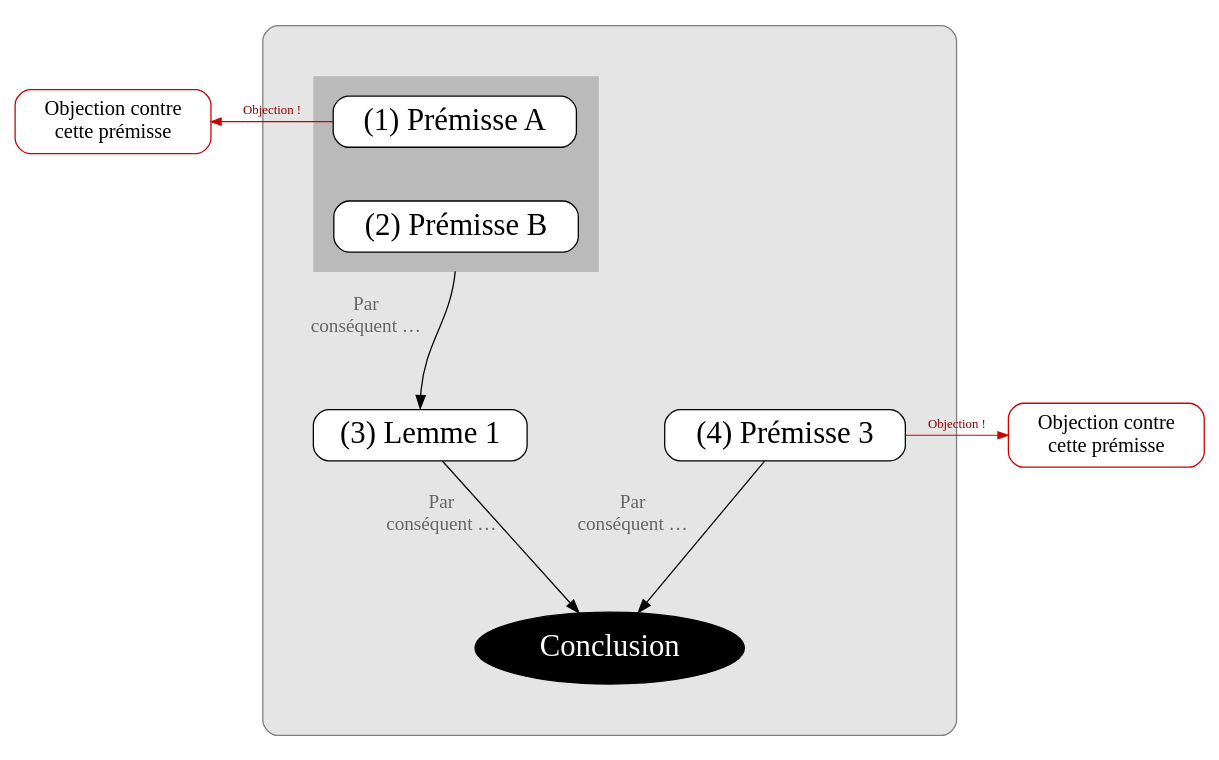
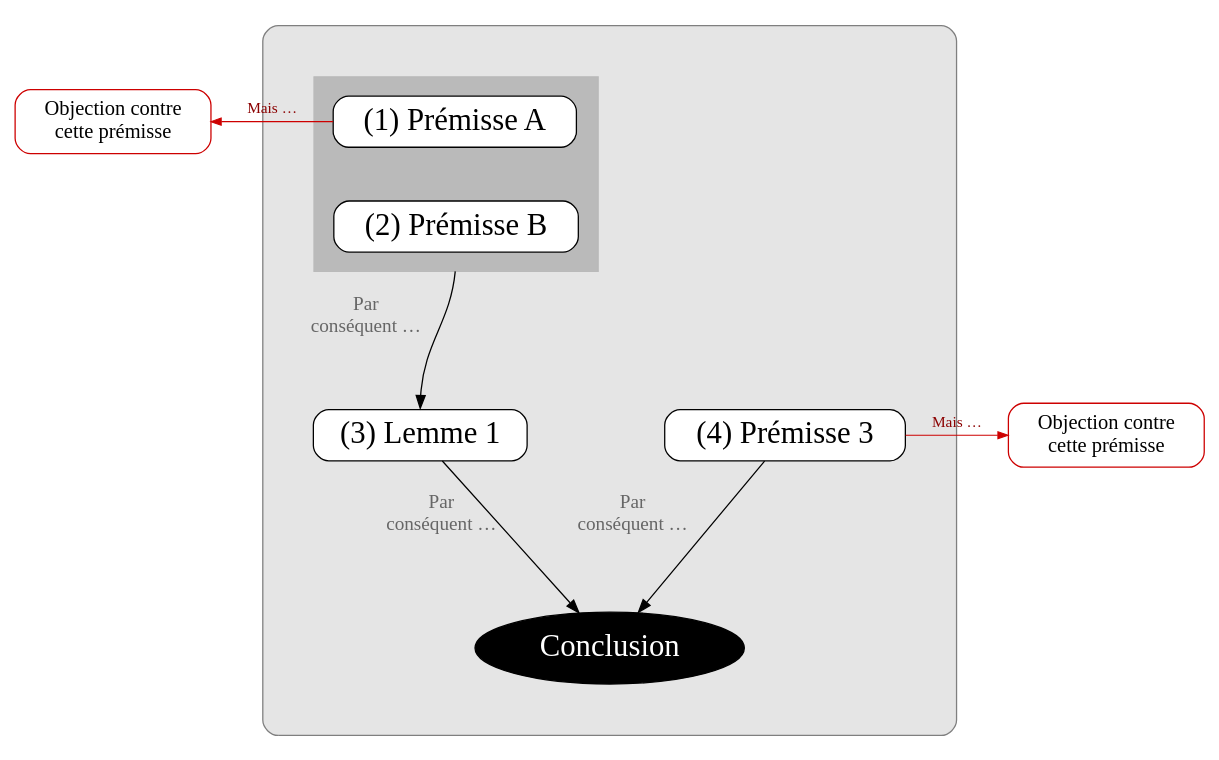
Before and after one commit to eyssette/graphviz-templates: the diagram in argument2.dot, drawn with Graphviz. The commit also changed 1 other file, not shown here.

```diff
--- a/argument2.dot
+++ b/argument2.dot
@@ -1,64 +1,64 @@
 digraph G {
 splines=true
 newrank=true
 compound=true
 
 
 node[color=red3, style="rounded, filled", shape="box", fillcolor=white, penwidth=1, fontcolor=black, fontsize=16, margin=0.1]
 o1[label="Objection contre
 cette prémisse"]
 
 node[shape=box, fillcolor=white, style="filled,rounded", color=black, fontsize=24, penwidth=1,fontcolor=black, margin=0.1]
-edge[minlen=2,color=red3, penwidth=0.8, arrowsize=0.8, label="Objection !", fontcolor=red4,fontsize=10]
+edge[minlen=2,color=red3, penwidth=0.8, arrowsize=0.8, label=" Mais …", fontcolor=red4,fontsize=12]
 {rank=same;o1->p1[dir=back]}
 
 
 subgraph cluster_0 {
 bgcolor=grey90
 style=rounded
 color=grey50
 margin=40
 
 
 
 node[shape=box, fillcolor=white, style="filled,rounded", color=black]
 edge[label="",xlabel="Par
 conséquent …",fontcolor=grey40;fontsize=15,minlen=3,color=black,penwidth=1, arrowsize=1]
 
 
 
 subgraph cluster_1 {
 style="box"
 margin=15
 bgcolor=grey73
 color=grey73
 p1[label="(1) Prémisse A"]
 
 p2[label="(2) Prémisse B"]
 }
 
 p1->p2[style=invis,xlabel="",minlen=1]
 //{rank=same;p1->p2[style=invis,xlabel="",minlen=1]}
 
 p2:s->p3:n[ltail=cluster_1]
 //p2:w->p3:n[ltail=cluster_1]
 p3[label="(3) Lemme 1"]
 
 {rank=same;p3->p4[style=invis]}
 
 p4[label="(4) Prémisse 3"]
 
 {p3,p4}->C
 
 
 C[label="Conclusion",fillcolor=black, fontcolor=white, color=black, shape=ellipse]
 
 
 }
 
 node[color=red3, style="rounded, filled", shape="box", fillcolor=white, penwidth=1, fontcolor=black, fontsize=16, margin=0.1]
 o2[label="Objection contre
 cette prémisse"]
 {rank=same;p4->o2}
 
 }
```
